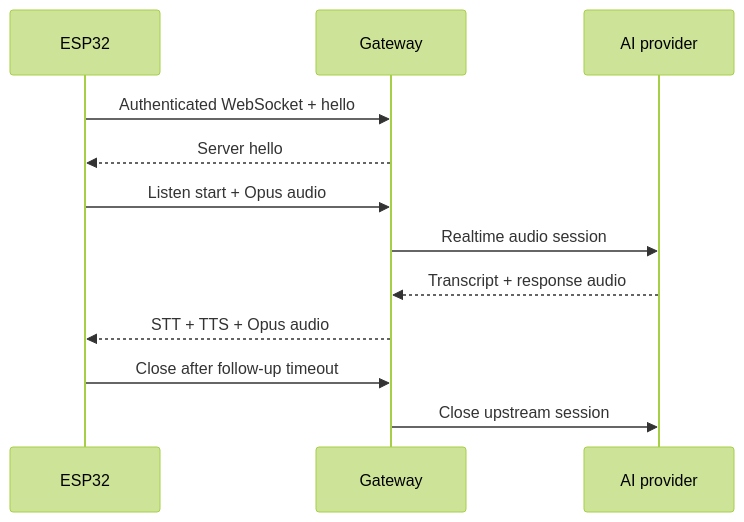
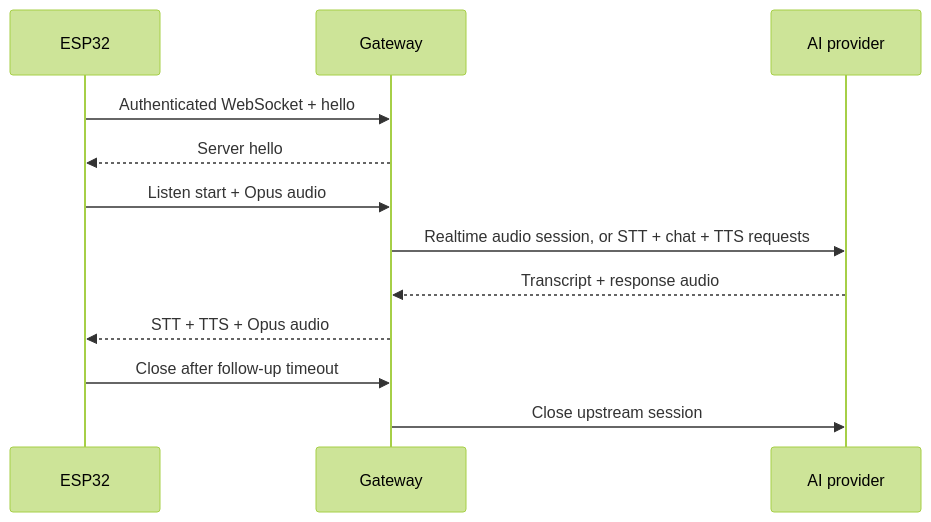
The diagram in docs/GATEWAY.md (rleusden/xiaozhi-sovereign), drawn with Mermaid (forest theme) before and after one commit. The commit also changed other lines of this file and 22 other files, not shown here.

````diff
--- a/docs/GATEWAY.md
+++ b/docs/GATEWAY.md
@@ -46,15 +46,15 @@
 ```mermaid
 sequenceDiagram
     participant Device as ESP32
     participant Gateway as Gateway
     participant Provider as AI provider
 
     Device->>Gateway: Authenticated WebSocket + hello
     Gateway-->>Device: Server hello
     Device->>Gateway: Listen start + Opus audio
-    Gateway->>Provider: Realtime audio session
+    Gateway->>Provider: Realtime audio session, or STT + chat + TTS requests
     Provider-->>Gateway: Transcript + response audio
     Gateway-->>Device: STT + TTS + Opus audio
     Device->>Gateway: Close after follow-up timeout
     Gateway->>Provider: Close upstream session
 ```
````
